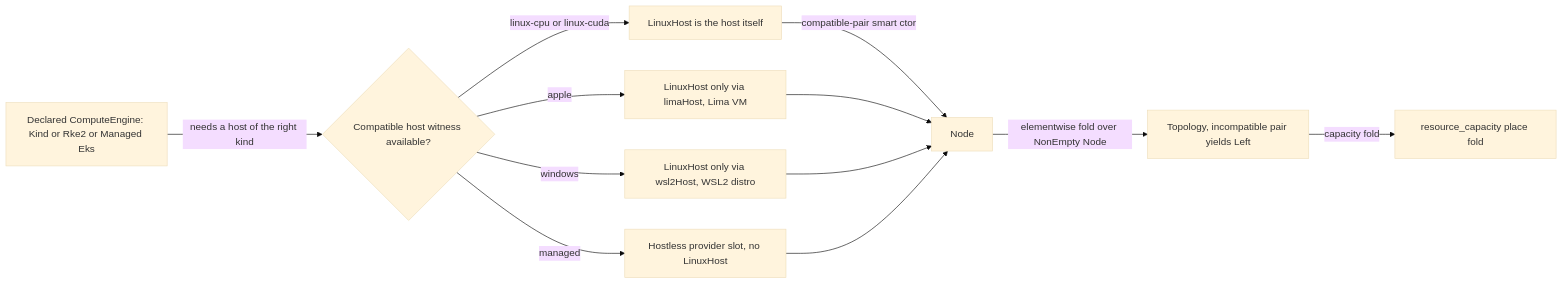
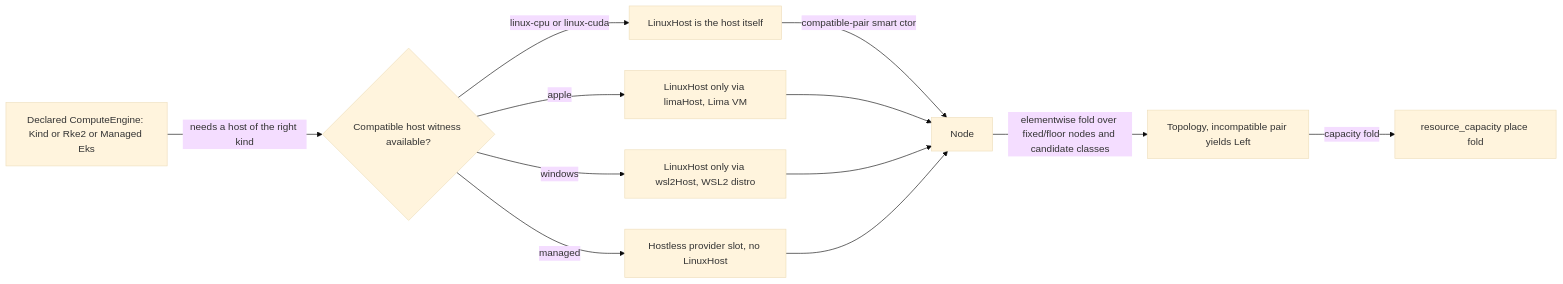
The diagram in documents/engineering/cluster_topology_doctrine.md (Tuee22/amoebius), drawn with Mermaid (base theme) before and after one commit. The commit also changed other lines of this file and 87 other files, not shown here.

````diff
--- a/documents/engineering/cluster_topology_doctrine.md
+++ b/documents/engineering/cluster_topology_doctrine.md
@@ -290,14 +530,14 @@
 ```mermaid
 flowchart LR
   engine[Declared ComputeEngine: Kind or Rke2 or Managed Eks] -->|needs a host of the right kind| host{Compatible host witness available?}
   host -->|linux-cpu or linux-cuda| direct[LinuxHost is the host itself]
   host -->|apple| lima[LinuxHost only via limaHost, Lima VM]
   host -->|windows| wsl[LinuxHost only via wsl2Host, WSL2 distro]
   host -->|managed| slot[Hostless provider slot, no LinuxHost]
   direct -->|compatible-pair smart ctor| node[Node]
   lima --> node
   wsl --> node
   slot --> node
-  node -->|elementwise fold over NonEmpty Node| topo[Topology, incompatible pair yields Left]
+  node -->|elementwise fold over fixed/floor nodes and candidate classes| topo[Topology, incompatible pair yields Left]
   topo -->|capacity fold| cap[resource_capacity place fold]
 ```
````
